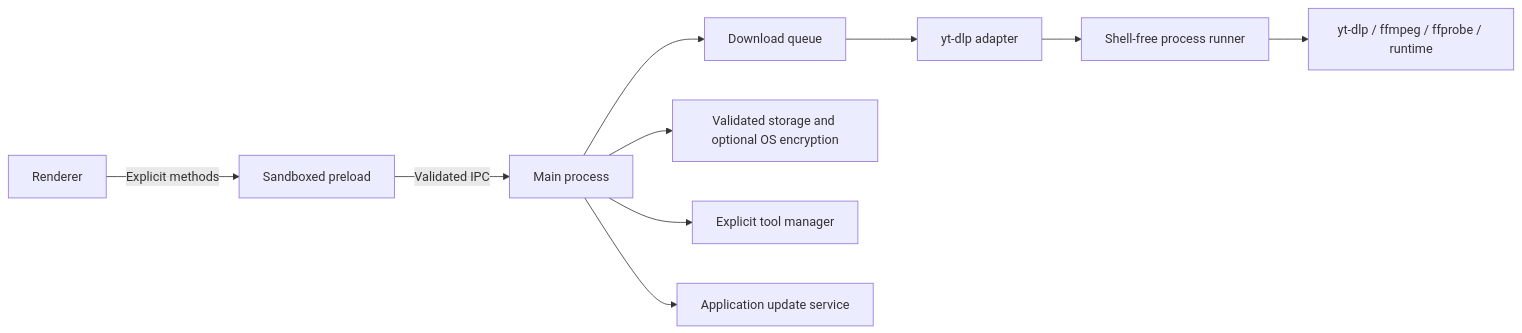
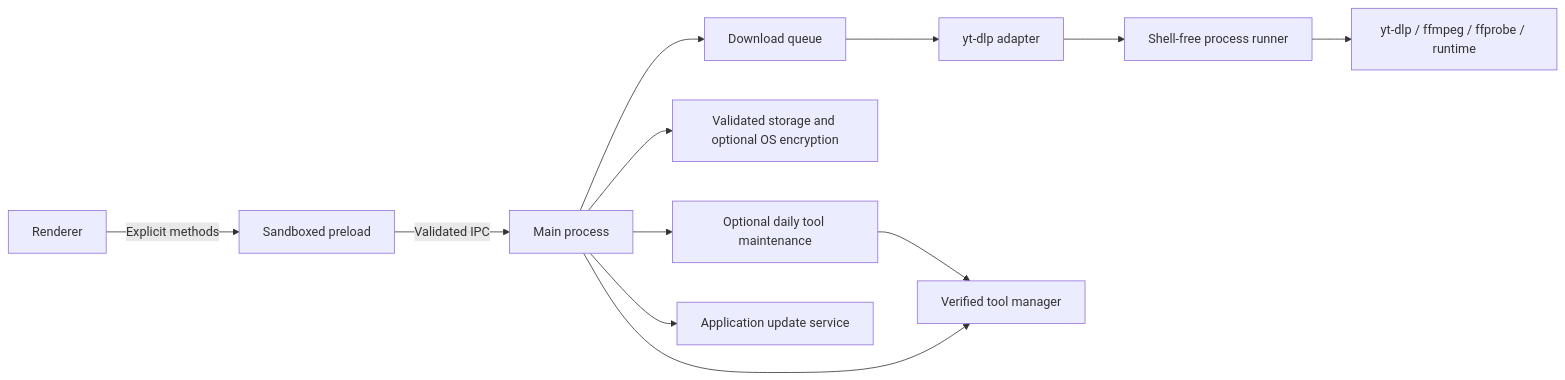
One commit to miikkij/VideoNinja changed the diagram in docs/ARCHITECTURE.md. Above: the diagram before and after it, drawn with Mermaid. The commit also changed other lines of this file and 36 other files, not shown here.

Commit message:
feat: automate browser recovery and managed tool maintenance

````diff
--- a/docs/ARCHITECTURE.md
+++ b/docs/ARCHITECTURE.md
@@ -8,12 +8,14 @@
 ```mermaid
 flowchart LR
     UI[Renderer] -->|Explicit methods| PRE[Sandboxed preload]
     PRE -->|Validated IPC| MAIN[Main process]
     MAIN --> QUEUE[Download queue]
     QUEUE --> ADAPTER[yt-dlp adapter]
     ADAPTER --> RUNNER[Shell-free process runner]
     RUNNER --> TOOLS[yt-dlp / ffmpeg / ffprobe / runtime]
     MAIN --> STORE[Validated storage and optional OS encryption]
-    MAIN --> MANAGER[Explicit tool manager]
+    MAIN --> MAINTENANCE[Optional daily tool maintenance]
+    MAINTENANCE --> MANAGER[Verified tool manager]
+    MAIN --> MANAGER
     MAIN --> UPDATER[Application update service]
 ```
````
